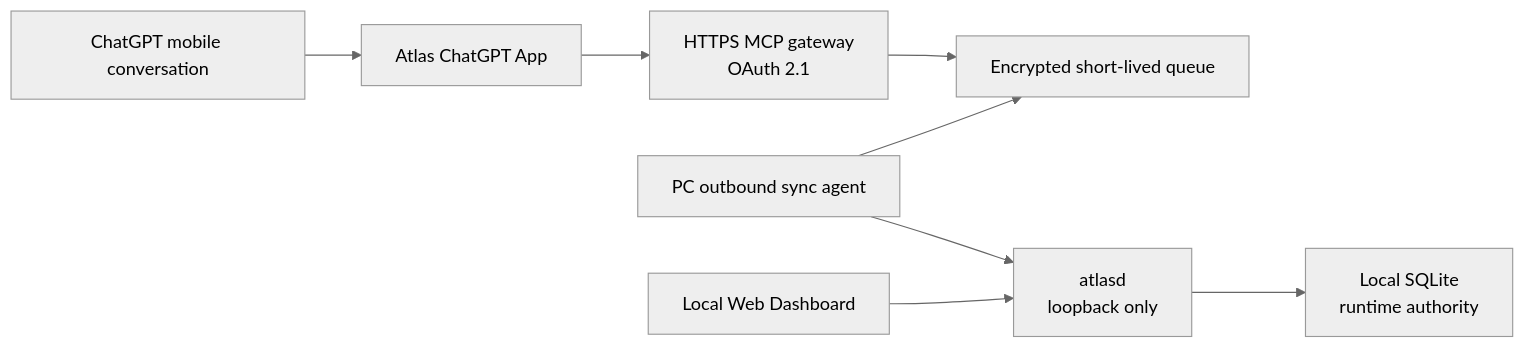
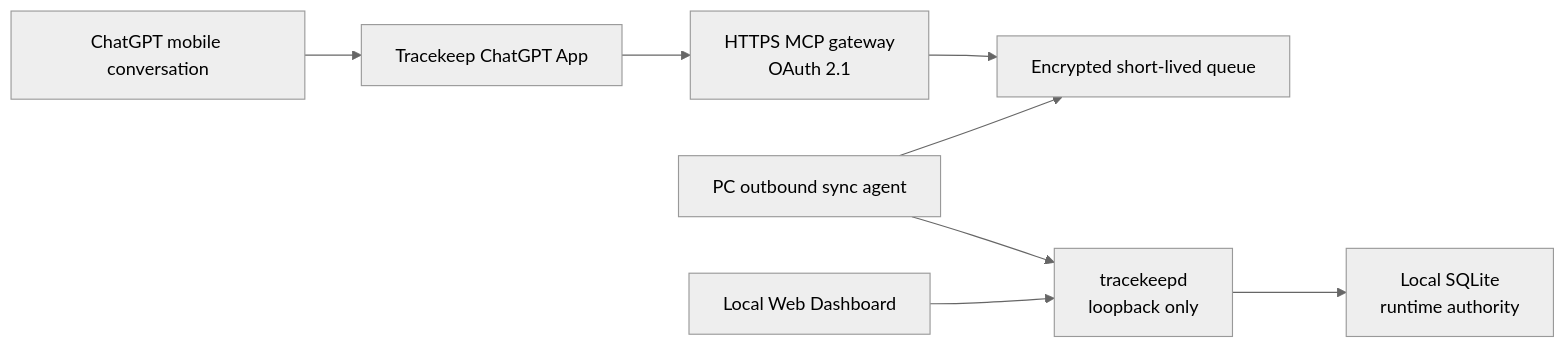
One commit to randyhe/tracekeep changed the second of 2 diagrams in docs/technical-reference.md. Above: the diagram before and after it, drawn with Mermaid (neutral theme). The commit also changed other lines of this file and 125 other files, not shown here.

First line of the commit message:
Rename Atlas to Tracekeep (#21)

````diff
--- a/docs/technical-reference.md
+++ b/docs/technical-reference.md
@@ -89,10 +89,10 @@
 ```mermaid
 flowchart LR
-    Mobile["ChatGPT mobile conversation"] --> App["Atlas ChatGPT App"]
+    Mobile["ChatGPT mobile conversation"] --> App["Tracekeep ChatGPT App"]
     App --> Gateway["HTTPS MCP gateway<br/>OAuth 2.1"]
     Gateway --> Queue["Encrypted short-lived queue"]
     Sync["PC outbound sync agent"] --> Queue
-    Sync --> Local["atlasd<br/>loopback only"]
+    Sync --> Local["tracekeepd<br/>loopback only"]
     Local --> DB["Local SQLite<br/>runtime authority"]
     Web["Local Web Dashboard"] --> Local
 ```
````
